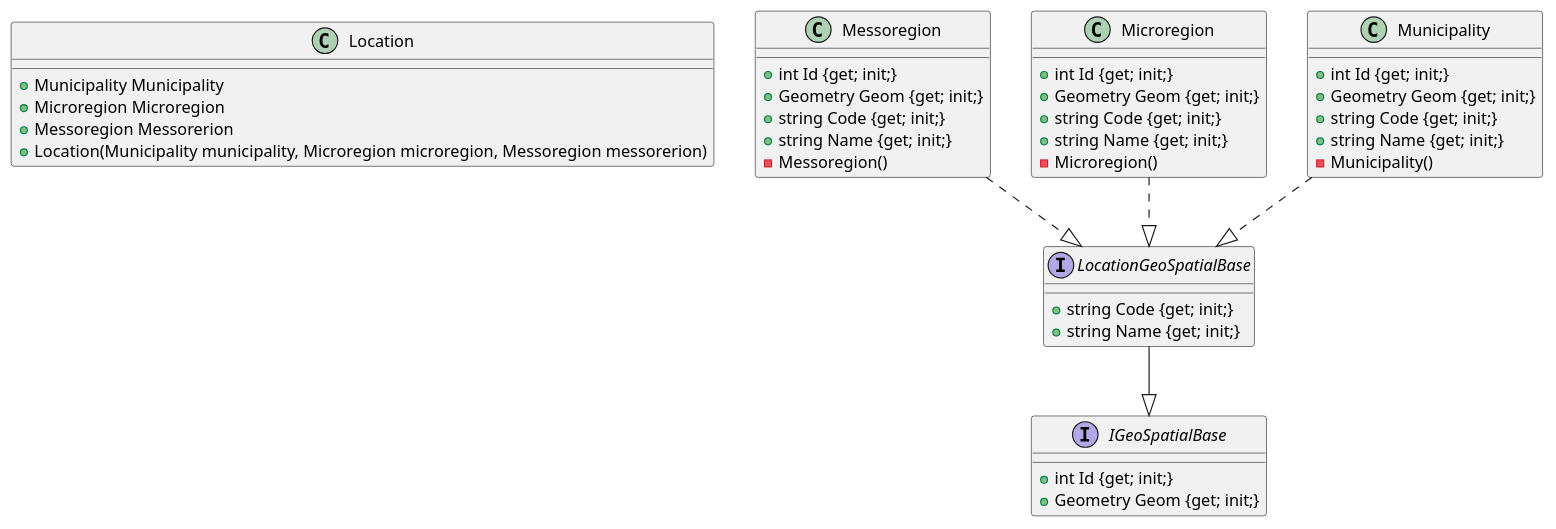
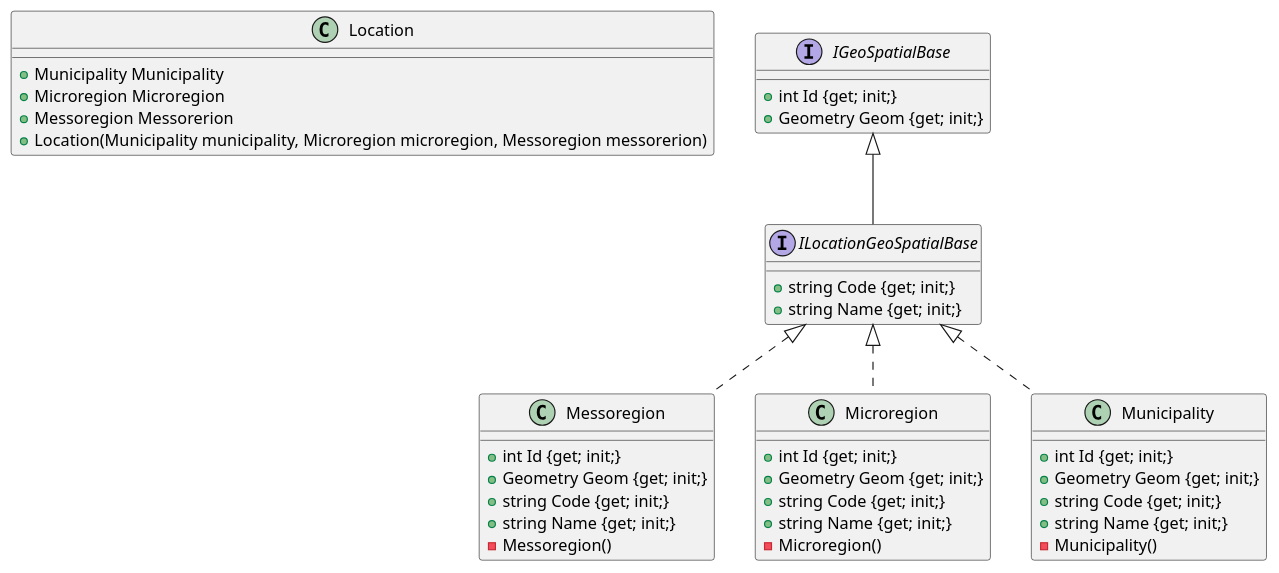
One commit to ruralgises/documentation changed the diagram in class-diagram/location-diagram.plantuml. Above: the diagram before and after it, drawn with PlantUML.

```diff
--- a/class-diagram/location-diagram.plantuml
+++ b/class-diagram/location-diagram.plantuml
@@ -1,49 +1,42 @@
 @startuml
 
 class Location {
     {method} +Municipality Municipality
     {method} +Microregion Microregion
     {method} +Messoregion Messorerion
     {method} +Location(Municipality municipality, Microregion microregion, Messoregion messorerion)
 }
-
-interface LocationGeoSpatialBase {
-    {method} +string Code {get; init;}
-    {method} +string Name {get; init;}
-}
-
 interface IGeoSpatialBase {
     {method} +int Id {get; init;}
     {method} +Geometry Geom {get; init;}
 }
 
-class Messoregion {
+interface ILocationGeoSpatialBase extends IGeoSpatialBase {
+    {method} +string Code {get; init;}
+    {method} +string Name {get; init;}
+}
+
+class Messoregion implements ILocationGeoSpatialBase{
     {method} +int Id {get; init;}
     {method} +Geometry Geom {get; init;}
     {method} +string Code {get; init;}
     {method} +string Name {get; init;}
     {method} -Messoregion()
 }
 
-class Microregion {
+class Microregion implements ILocationGeoSpatialBase {
     {method} +int Id {get; init;}
     {method} +Geometry Geom {get; init;}
     {method} +string Code {get; init;}
     {method} +string Name {get; init;}
     {method} -Microregion()
 }
 
-class Municipality {
+class Municipality implements ILocationGeoSpatialBase {
     {method} +int Id {get; init;}
     {method} +Geometry Geom {get; init;}
     {method} +string Code {get; init;}
     {method} +string Name {get; init;}
     {method} -Municipality()
 }
-
-LocationGeoSpatialBase --|> IGeoSpatialBase
-Messoregion ..|> LocationGeoSpatialBase
-Microregion ..|> LocationGeoSpatialBase
-Municipality ..|> LocationGeoSpatialBase
-
 @enduml
```
